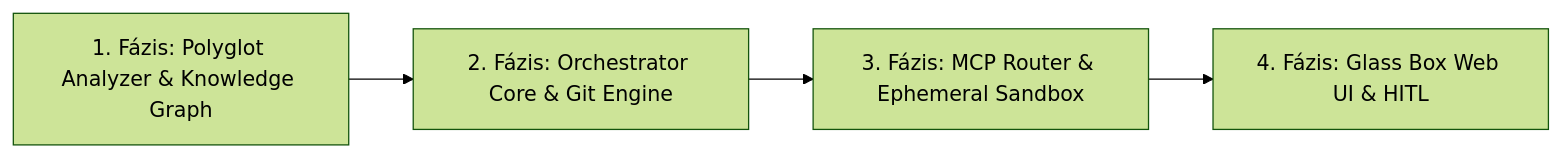
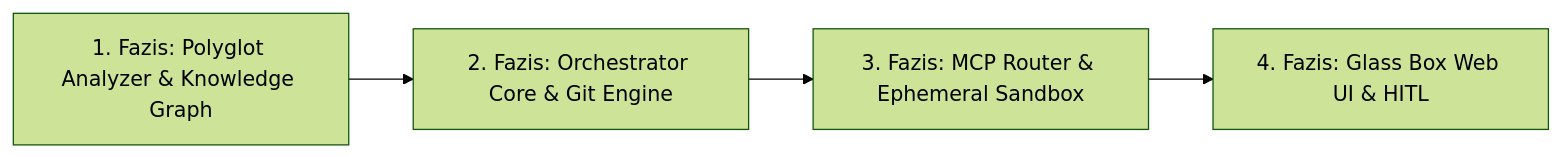
The diagram in docs/16_MVP_DEVELOPMENT_ROADMAP.md (badzso-boop/ai-os), drawn with Mermaid (forest theme) before and after one commit. The commit also changed other lines of this file and 21 other files, not shown here.

````diff
--- a/docs/16_MVP_DEVELOPMENT_ROADMAP.md
+++ b/docs/16_MVP_DEVELOPMENT_ROADMAP.md
@@ -9,6 +9,6 @@
 ```mermaid
 graph LR
-    P1[1. Fázis: Polyglot Analyzer & Knowledge Graph] --> P2[2. Fázis: Orchestrator Core & Git Engine]
-    P2 --> P3[3. Fázis: MCP Router & Ephemeral Sandbox]
-    P3 --> P4[4. Fázis: Glass Box Web UI & HITL]
+    P1[1. Fazis: Polyglot Analyzer & Knowledge Graph] --> P2[2. Fazis: Orchestrator Core & Git Engine]
+    P2 --> P3[3. Fazis: MCP Router & Ephemeral Sandbox]
+    P3 --> P4[4. Fazis: Glass Box Web UI & HITL]
 ```
````
